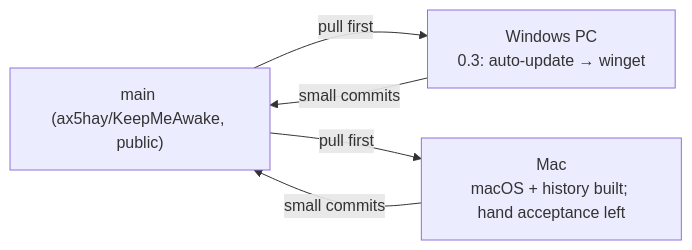
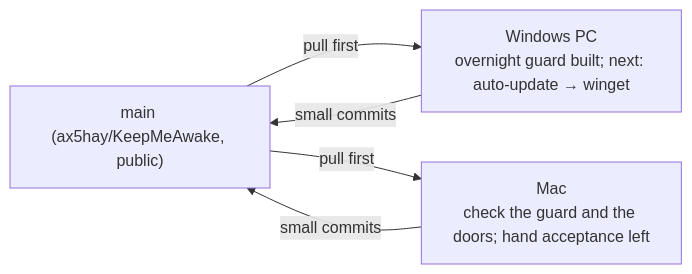
One commit to ax5hay/KeepMeAwake changed the diagram in docs/HANDOFF.md. Above: the diagram before and after it, drawn with Mermaid. The commit also changed other lines of this file, not shown here.

First line of the commit message:
docs(handoff): Windows set up, Mac work checked, overnight guard built

````diff
--- a/docs/HANDOFF.md
+++ b/docs/HANDOFF.md
@@ -16,10 +19,10 @@
 ```mermaid
 flowchart LR
     main["main (ax5hay/KeepMeAwake, public)"]
-    win["Windows PC<br/>0.3: auto-update → winget"]
-    mac["Mac<br/>macOS + history built; hand acceptance left"]
+    win["Windows PC<br/>overnight guard built; next: auto-update → winget"]
+    mac["Mac<br/>check the guard and the doors; hand acceptance left"]
     win -->|small commits| main
     mac -->|small commits| main
     main -->|pull first| win
     main -->|pull first| mac
 ```
````
